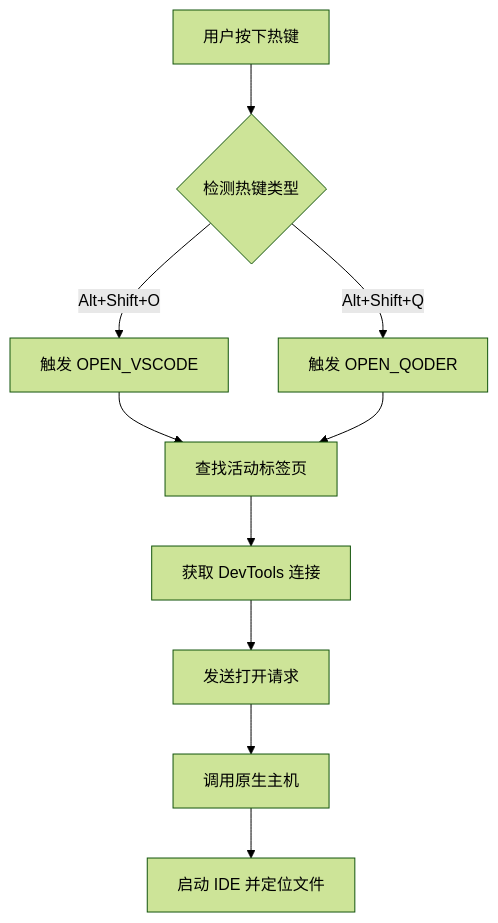
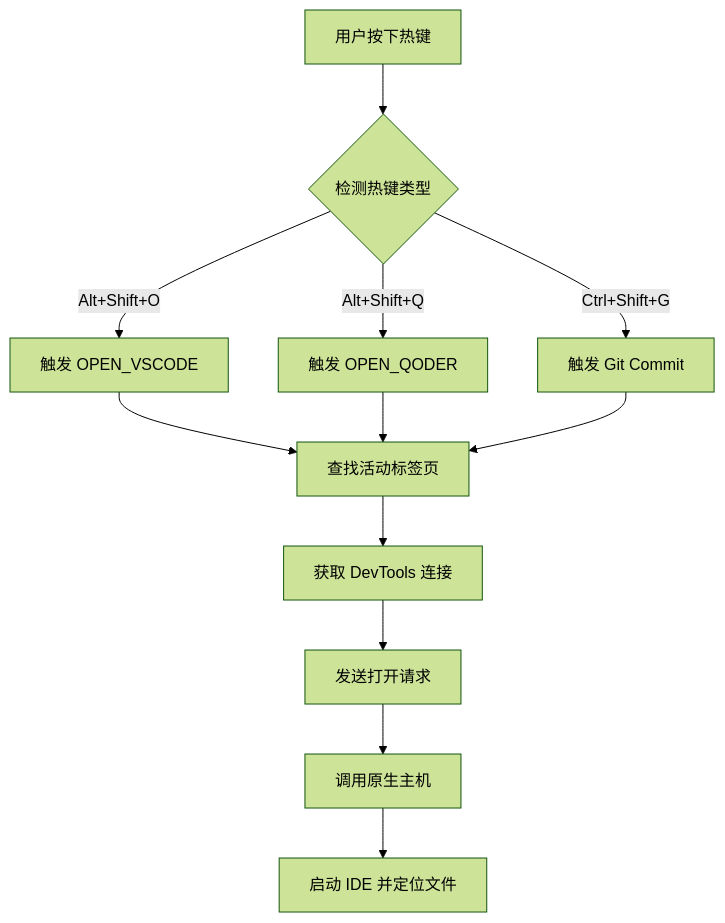
Before and after one commit to wangys-123doit/hotkey: diagram 15 of 17 in .qoder/repowiki/zh/content/外部工具集成/DevTools VS Code 开发者工具集成系统/DevTools VS Code 开发者工具集成系统.md, drawn with Mermaid (forest theme). The commit also changed other lines of this file and 8 other files, not shown here.

First line of the commit message:
feat(devtools): 添加 DevTools 位置验证与 dev-server 路径映射

````diff
--- a/.qoder/repowiki/zh/content/外部工具集成/DevTools VS Code 开发者工具集成系统/DevTools VS Code 开发者工具集成系统.md
+++ b/.qoder/repowiki/zh/content/外部工具集成/DevTools VS Code 开发者工具集成系统/DevTools VS Code 开发者工具集成系统.md
@@ -579,12 +585,14 @@
 ```mermaid
 flowchart TD
 A[用户按下热键] --> B{检测热键类型}
 B --> |Alt+Shift+O| C[触发 OPEN_VSCODE]
 B --> |Alt+Shift+Q| D[触发 OPEN_QODER]
-C --> E[查找活动标签页]
-D --> E
-E --> F[获取 DevTools 连接]
-F --> G[发送打开请求]
-G --> H[调用原生主机]
-H --> I[启动 IDE 并定位文件]
+B --> |Ctrl+Shift+G| E[触发 Git Commit]
+C --> F[查找活动标签页]
+D --> F
+E --> F
+F --> G[获取 DevTools 连接]
+G --> H[发送打开请求]
+H --> I[调用原生主机]
+I --> J[启动 IDE 并定位文件]
 ```
````
